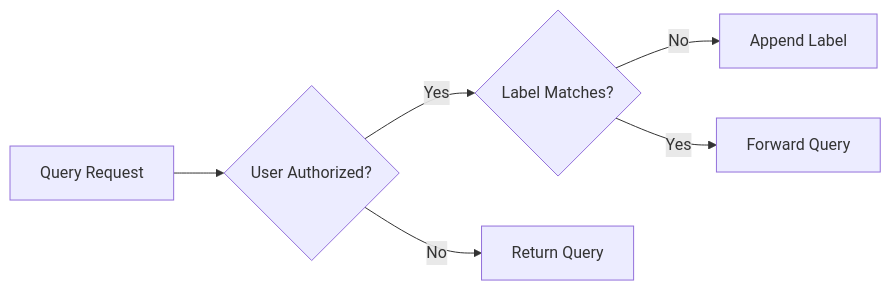
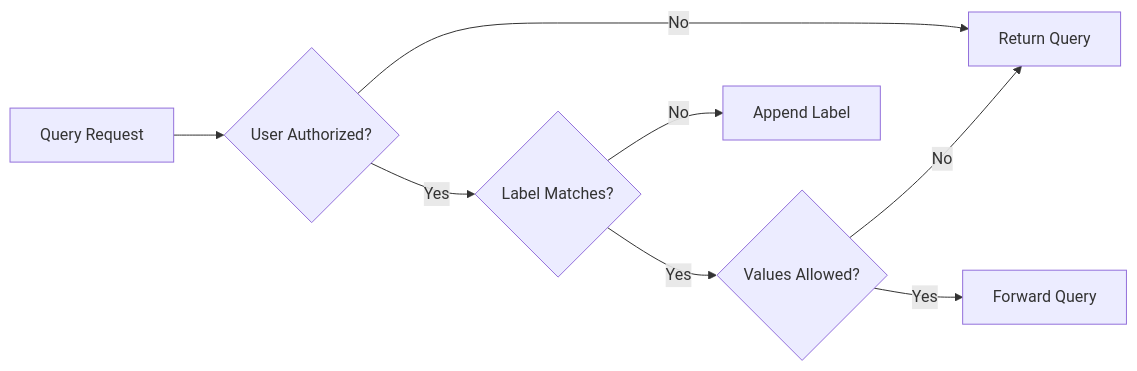
The first of 3 diagrams in README.MD (gepaplexx/multena-proxy), drawn with Mermaid before and after one commit. The commit also changed other lines of this file and 12 other files, not shown here.

````diff
--- a/README.MD
+++ b/README.MD
@@ -24,15 +27,18 @@
 ```mermaid
 graph LR
     A[Query Request]
     B{User Authorized?}
     C{Label Matches?}
-    D[Append Label]
-    E[Return Query]
-    F[Forward Query]
+    D{Values Allowed?}
+    E[Append Label]
+    F[Return Query]
+    G[Forward Query]
     
     A --> B
-    B -- No --> E
+    B -- No --> F
     B -- Yes --> C
-    C -- No --> D
-    C -- Yes --> F
+    C -- No --> E
+    C -- Yes --> D
+    D -- No --> F
+    D -- Yes --> G
 ```
````
